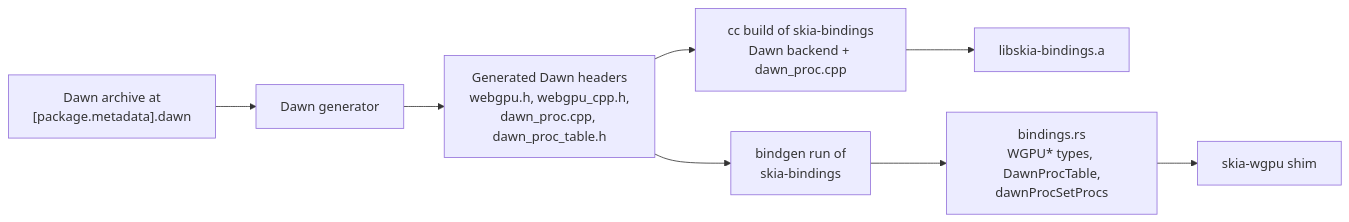
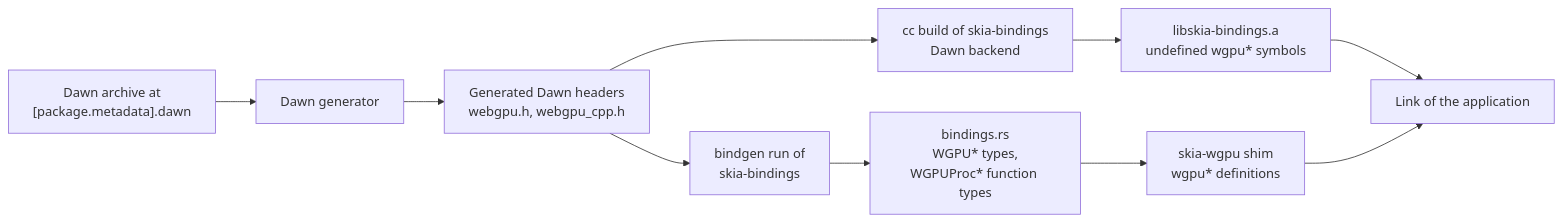
One commit to rust-skia/rust-skia changed the second of 5 diagrams in docs/wgpu-backend-architecture.md. Above: the diagram before and after it, drawn with Mermaid. The commit also changed other lines of this file and 2 other files, not shown here.

Commit message:
docs: Split the WebGPU function exports into ADR 0004, and record skia-safe's wgpu API and the pending-map leak

````diff
--- a/docs/wgpu-backend-architecture.md
+++ b/docs/wgpu-backend-architecture.md
@@ -49,15 +60,18 @@
 ```mermaid
 flowchart LR
     dawn["Dawn archive at<br/>[package.metadata].dawn"]
     generator["Dawn generator"]
-    headers["Generated Dawn headers<br/>webgpu.h, webgpu_cpp.h,<br/>dawn_proc.cpp, dawn_proc_table.h"]
-    cc["cc build of skia-bindings<br/>Dawn backend + dawn_proc.cpp"]
+    headers["Generated Dawn headers<br/>webgpu.h, webgpu_cpp.h"]
+    cc["cc build of skia-bindings<br/>Dawn backend"]
     bindgen["bindgen run of<br/>skia-bindings"]
-    lib["libskia-bindings.a"]
-    rs["bindings.rs<br/>WGPU* types, DawnProcTable,<br/>dawnProcSetProcs"]
-    shim["skia-wgpu shim"]
+    lib["libskia-bindings.a<br/>undefined wgpu* symbols"]
+    rs["bindings.rs<br/>WGPU* types,<br/>WGPUProc* function types"]
+    shim["skia-wgpu shim<br/>wgpu* definitions"]
+    link["Link of the application"]
 
     dawn --> generator --> headers
     headers --> cc --> lib
     headers --> bindgen --> rs --> shim
+    lib --> link
+    shim --> link
 ```
````
